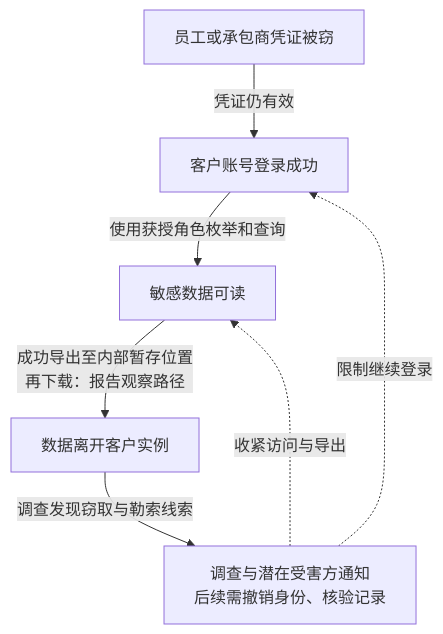
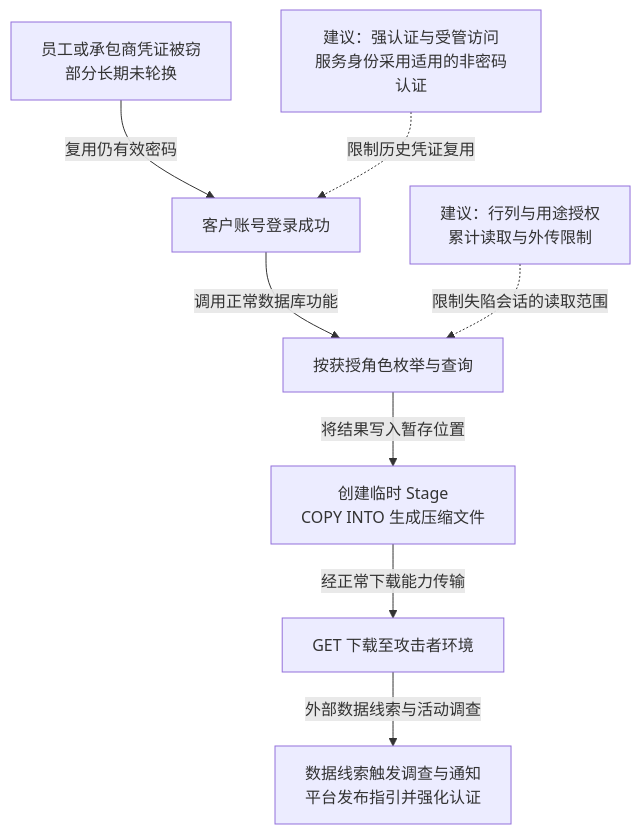
The diagram in docs/01-网络安全/01-网络空间安全/01-安全威胁/01-历史攻击事件/2024-Snowflake客户实例数据窃取事件分析.md (FeeiCN/FEEI.CN), drawn with Mermaid before and after one commit. The commit also changed other lines of this file and 21 other files, not shown here.

````diff
--- a/docs/01-网络安全/01-网络空间安全/01-安全威胁/01-历史攻击事件/2024-Snowflake客户实例数据窃取事件分析.md
+++ b/docs/01-网络安全/01-网络空间安全/01-安全威胁/01-历史攻击事件/2024-Snowflake客户实例数据窃取事件分析.md
@@ -27,13 +41,23 @@
 ```mermaid
 flowchart TB
-  accTitle: 历史凭证如何转化为数据导出能力
-  accDescr: 窃密软件取得客户凭证，攻击者利用仍有效且缺少额外登录约束的账号进入实例，借角色查询、暂存和导出数据。调查通知与实际外传需要分别判断，响应包括身份撤销与数据范围核对。
-  a["员工或承包商凭证被窃"] -->|凭证仍有效| b["客户账号登录成功"]
-  b -->|使用获授角色枚举和查询| c["敏感数据可读"]
-  c -->|成功导出至内部暂存位置<br/>再下载：报告观察路径| d["数据离开客户实例"]
-  d -->|调查发现窃取与勒索线索| r["调查与潜在受害方通知<br/>后续需撤销身份、核验记录"]
-  r -. 限制继续登录 .-> b
-  r -. 收紧访问与导出 .-> c
-  class a,b,c,d main
-  class r response
+  accTitle: 已泄露的客户身份如何搬走实例数据
+  accDescr: 历史窃密凭证在缺少额外认证及来源限制的客户实例仍可使用，攻击者借角色枚举查询、导出到暂存位置，再下载。调查通知潜在受害方并促使认证强化；虚线为建议控制。
+  creds["员工或承包商凭证被窃<br/>部分长期未轮换"]
+  login["客户账号登录成功"]
+  query["按获授角色枚举与查询"]
+  stage["创建临时 Stage<br/>COPY INTO 生成压缩文件"]
+  download["GET 下载至攻击者环境"]
+  response["数据线索触发调查与通知<br/>平台发布指引并强化认证"]
+  loginControl["建议：强认证与受管访问<br/>服务身份采用适用的非密码认证"]
+  dataControl["建议：行列与用途授权<br/>累计读取与外传限制"]
+  creds -->|复用仍有效密码| login
+  login -->|调用正常数据库功能| query
+  query -->|将结果写入暂存位置| stage
+  stage -->|经正常下载能力传输| download
+  download -->|外部数据线索与活动调查| response
+  loginControl -. 限制历史凭证复用 .-> login
+  dataControl -. 限制失陷会话的读取范围 .-> query
+  class creds,login,query,stage,download main
+  class response response
+  class loginControl,dataControl note
 ```
````
